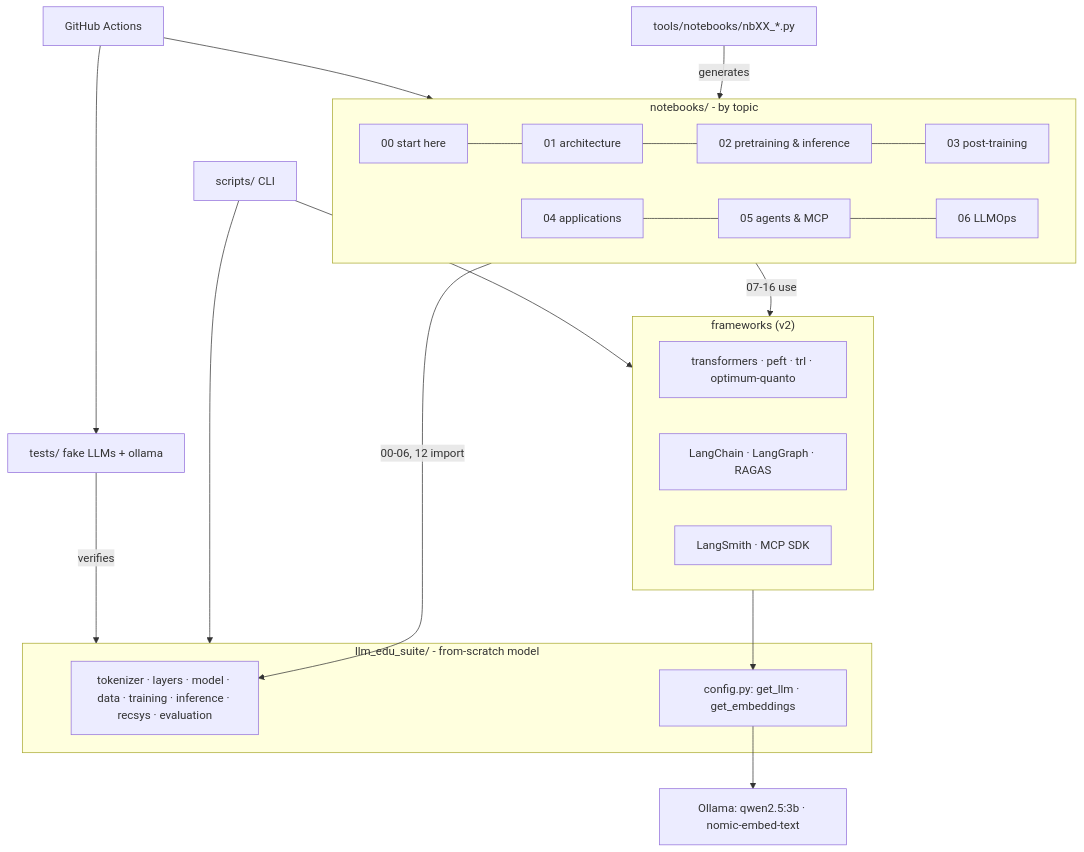
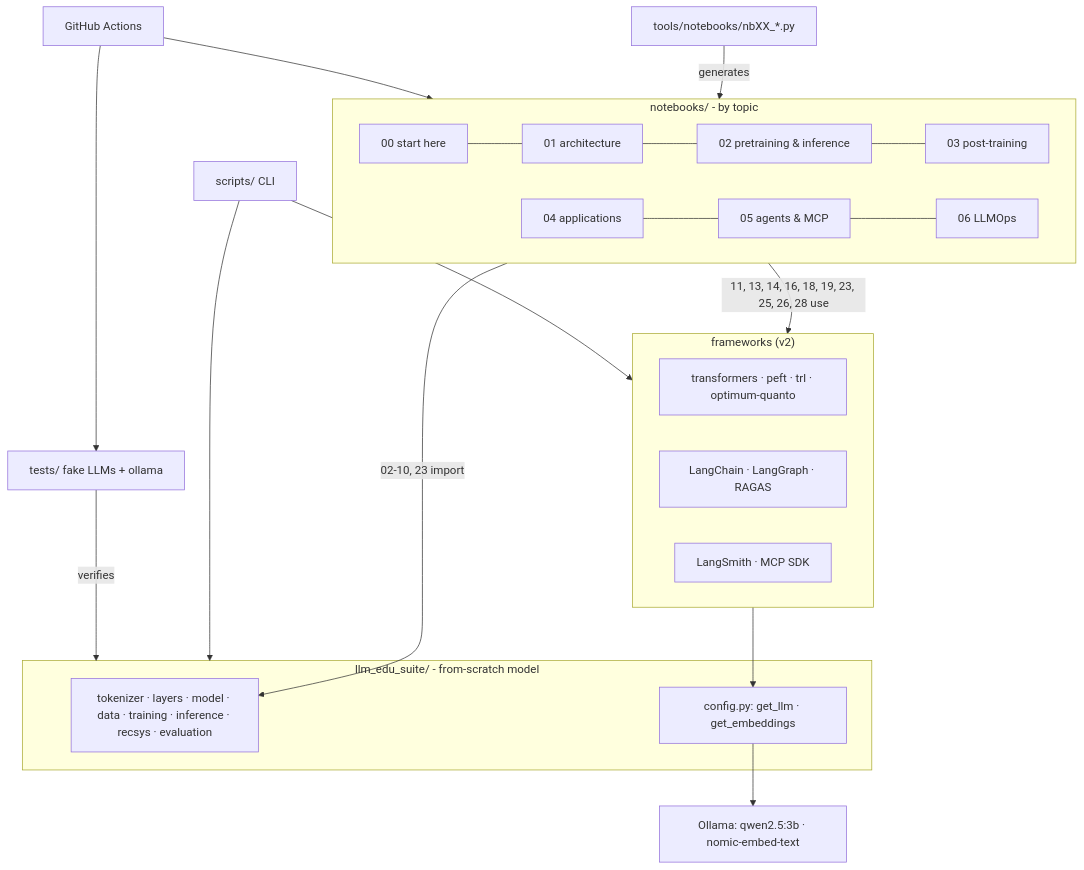
The diagram in docs/en/case_study.md (ZoodiacR/llm-edu-suite), drawn with Mermaid before and after one commit. The commit also changed other lines of this file and 161 other files, not shown here.

````diff
--- a/docs/en/case_study.md
+++ b/docs/en/case_study.md
@@ -36,26 +36,26 @@
 ```mermaid
 flowchart TB
     subgraph NB[notebooks/ - by topic]
         A0[00 start here] --- A1[01 architecture] --- A2[02 pretraining & inference] --- A3[03 post-training]
         A4[04 applications] --- A5[05 agents & MCP] --- A6[06 LLMOps]
     end
     subgraph PKG[llm_edu_suite/ - from-scratch model]
         core[tokenizer · layers · model · data · training · inference · recsys · evaluation]
         cfg["config.py: get_llm · get_embeddings"]
     end
     subgraph FW["frameworks (v2)"]
         hf[transformers · peft · trl · optimum-quanto]
         lc[LangChain · LangGraph · RAGAS]
         ops[LangSmith · MCP SDK]
     end
     OLL["Ollama: qwen2.5:3b · nomic-embed-text"]
     GEN[tools/notebooks/nbXX_*.py] -->|generates| NB
-    NB -->|00-06, 12 import| core
-    NB -->|07-16 use| FW
+    NB -->|02-10, 23 import| core
+    NB -->|11, 13, 14, 16, 18, 19, 23, 25, 26, 28 use| FW
     FW --> cfg --> OLL
     SCR[scripts/ CLI] --> PKG
     SCR --> FW
     TST["tests/ fake LLMs + ollama"] -->|verifies| PKG
     CI[GitHub Actions] --> TST
     CI --> NB
 ```
````
